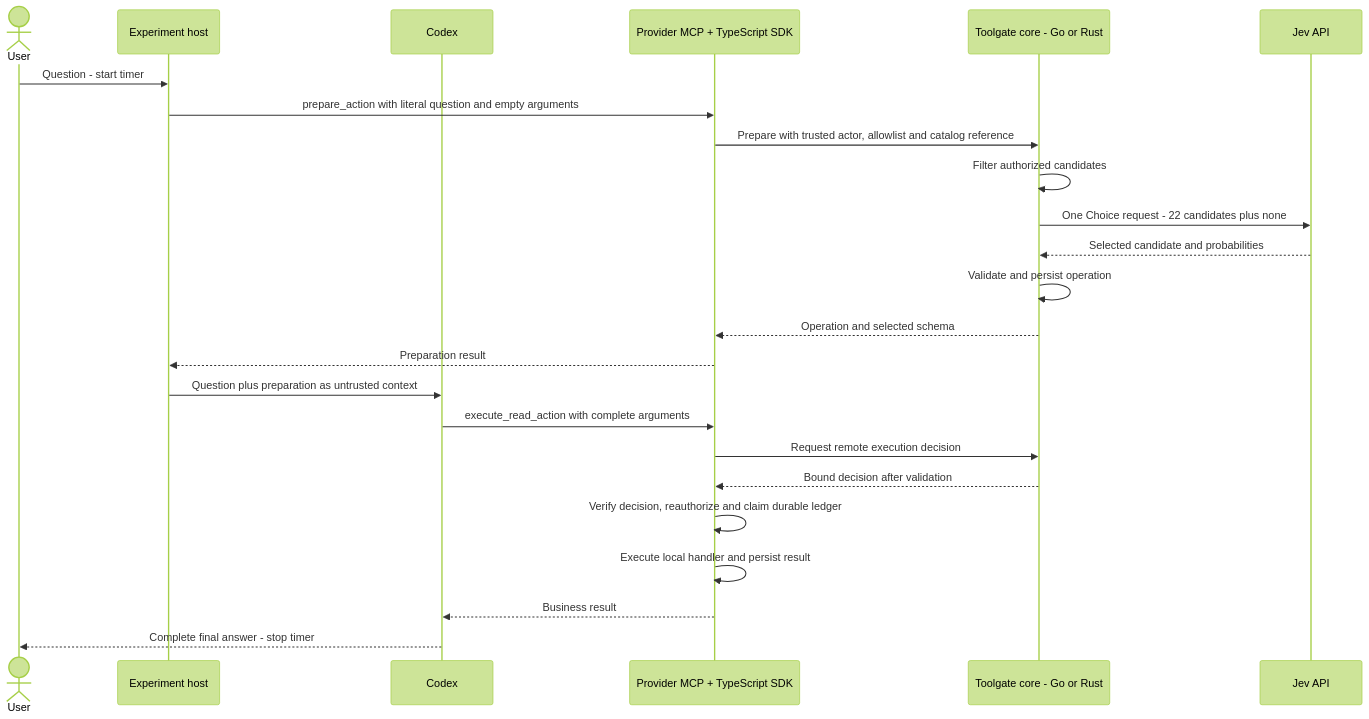
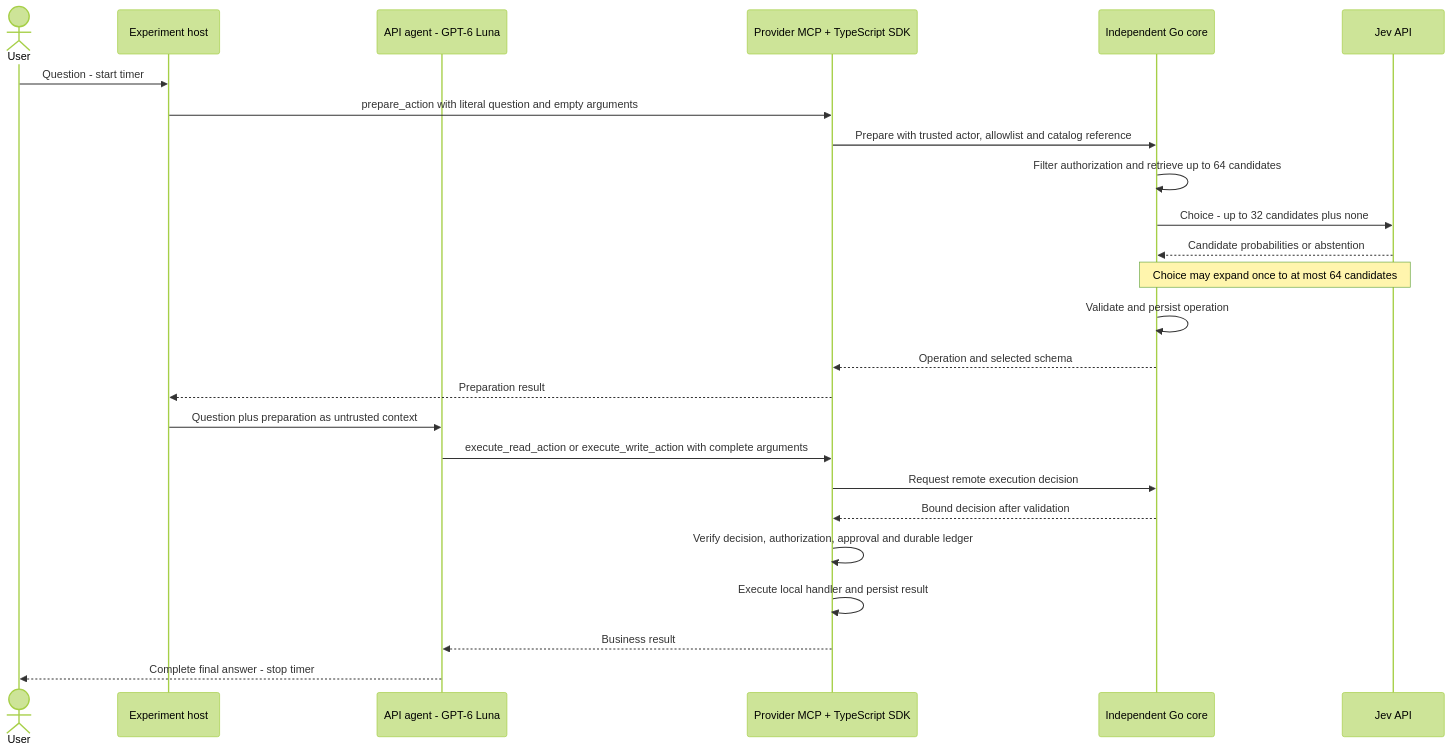
The third of 4 diagrams in README.md (diorrego/toolgate-experiment), drawn with Mermaid (forest theme) before and after one commit. The commit also changed other lines of this file and 54 other files, not shown here.

Commit message:
Add V2 accuracy experiment with GPT-6 Luna and 143 MCP tools

````diff
--- a/README.md
+++ b/README.md
@@ -104,26 +152,27 @@
 ```mermaid
 sequenceDiagram
     actor U as User
     participant H as Experiment host
-    participant A as Codex
+    participant A as API agent - GPT-6 Luna
     participant P as Provider MCP + TypeScript SDK
-    participant C as Toolgate core - Go or Rust
+    participant C as Independent Go core
     participant J as Jev API
     U->>H: Question - start timer
     H->>P: prepare_action with literal question and empty arguments
     P->>C: Prepare with trusted actor, allowlist and catalog reference
-    C->>C: Filter authorized candidates
-    C->>J: One Choice request - 22 candidates plus none
-    J-->>C: Selected candidate and probabilities
+    C->>C: Filter authorization and retrieve up to 64 candidates
+    C->>J: Choice - up to 32 candidates plus none
+    J-->>C: Candidate probabilities or abstention
+    Note over C,J: Choice may expand once to at most 64 candidates
     C->>C: Validate and persist operation
     C-->>P: Operation and selected schema
     P-->>H: Preparation result
     H->>A: Question plus preparation as untrusted context
-    A->>P: execute_read_action with complete arguments
+    A->>P: execute_read_action or execute_write_action with complete arguments
     P->>C: Request remote execution decision
     C-->>P: Bound decision after validation
-    P->>P: Verify decision, reauthorize and claim durable ledger
+    P->>P: Verify decision, authorization, approval and durable ledger
     P->>P: Execute local handler and persist result
     P-->>A: Business result
     A-->>U: Complete final answer - stop timer
 ```
````
